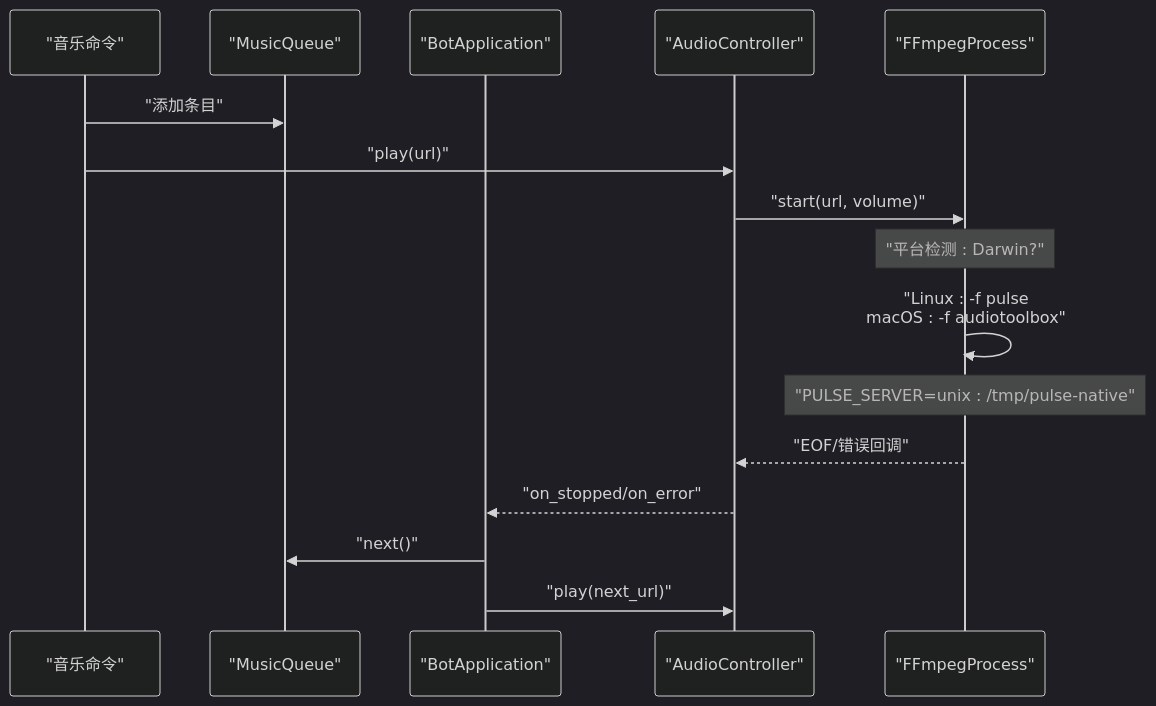
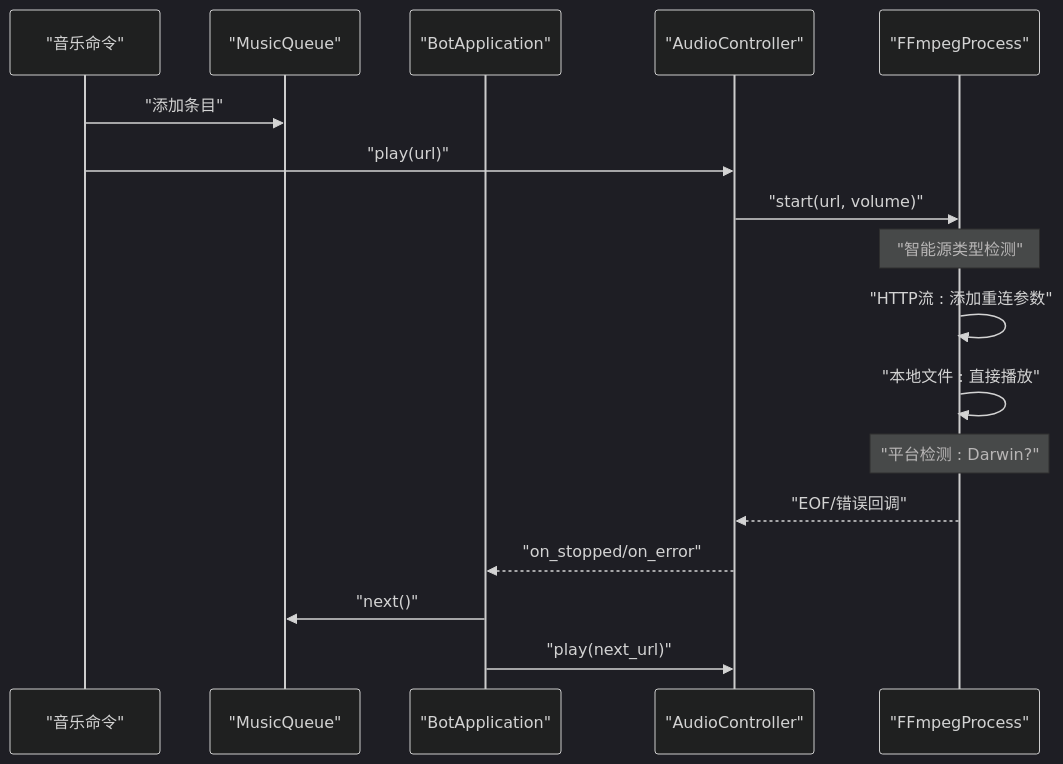
Before and after one commit to GhoulOwl/Teamspeak3_Bot: the sixth of 7 diagrams in .qoder/repowiki/zh/content/音乐播放系统/FFmpeg集成.md, drawn with Mermaid (dark theme). The commit also changed other lines of this file and 5 other files, not shown here.

````diff
--- a/.qoder/repowiki/zh/content/音乐播放系统/FFmpeg集成.md
+++ b/.qoder/repowiki/zh/content/音乐播放系统/FFmpeg集成.md
@@ -300,18 +311,19 @@
 ```mermaid
 sequenceDiagram
 participant CMD as "音乐命令"
 participant MQ as "MusicQueue"
 participant APP as "BotApplication"
 participant AC as "AudioController"
 participant FF as "FFmpegProcess"
 CMD->>MQ : "添加条目"
 CMD->>AC : "play(url)"
 AC->>FF : "start(url, volume)"
+Note over FF : "智能源类型检测"
+FF->>FF : "HTTP流 : 添加重连参数"
+FF->>FF : "本地文件 : 直接播放"
 Note over FF : "平台检测 : Darwin?"
-FF->>FF : "Linux : -f pulse<br/>macOS : -f audiotoolbox"
-Note over FF : "PULSE_SERVER=unix : /tmp/pulse-native"
 FF-->>AC : "EOF/错误回调"
 AC-->>APP : "on_stopped/on_error"
 APP->>MQ : "next()"
 APP->>AC : "play(next_url)"
 ```
````
